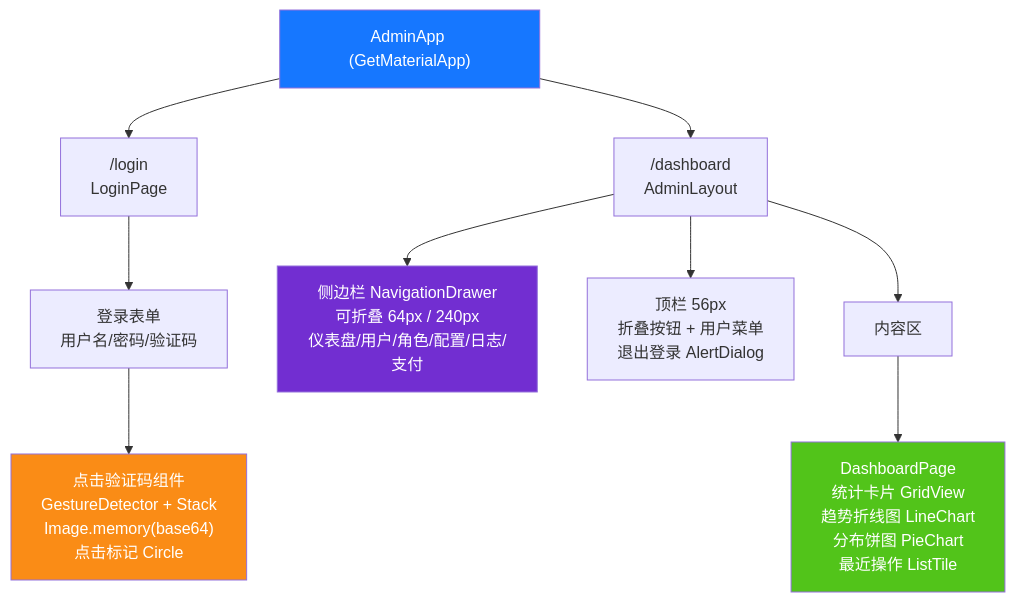
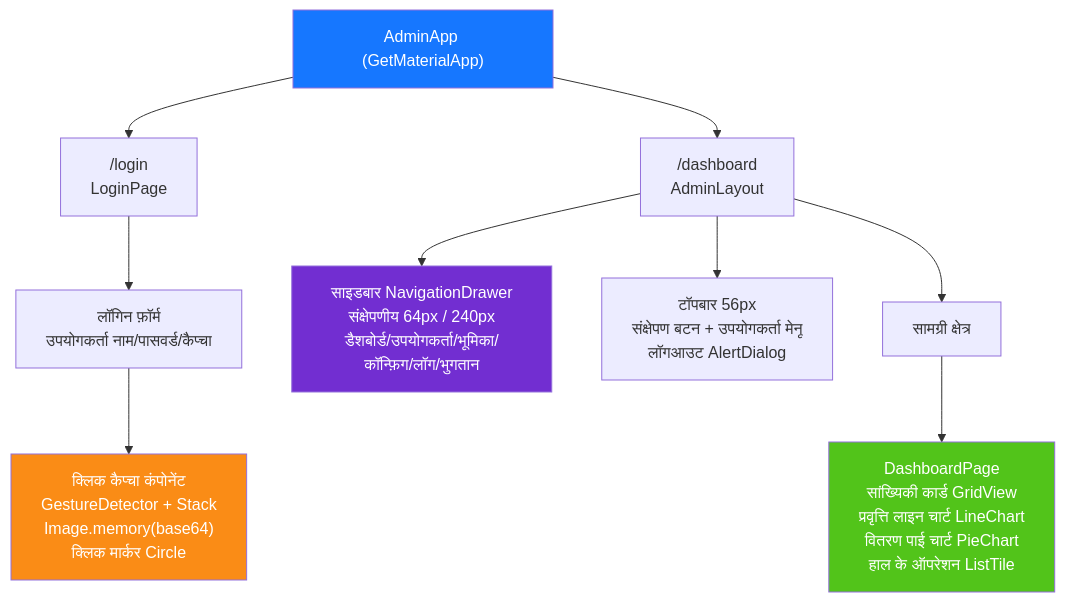
One commit to erikwang2013/game-platform-php changed diagram 11 of 14 in admin/docs/ARCHITECTURE.hi.md. Above: the diagram before and after it, drawn with Mermaid. The commit also changed other lines of this file and 211 other files, not shown here.

First line of the commit message:
fix: 支付配置读回类型根治、提现事件对账巡检，12 语族 mermaid 与 API 标签本地化

````diff
--- a/admin/docs/ARCHITECTURE.hi.md
+++ b/admin/docs/ARCHITECTURE.hi.md
@@ -549,19 +549,19 @@
 ```mermaid
 flowchart TD
     APP["AdminApp (GetMaterialApp)"]
     APP --> LP["/login<br/>LoginPage"]
     APP --> DB["/dashboard<br/>AdminLayout"]
 
-    LP --> LF["登录表单<br/>用户名/密码/验证码"]
-    LF --> CAPTCHA["点击验证码组件<br/>GestureDetector + Stack<br/>Image.memory(base64)<br/>点击标记 Circle"]
+    LP --> LF["लॉगिन फ़ॉर्म<br/>उपयोगकर्ता नाम/पासवर्ड/कैप्चा"]
+    LF --> CAPTCHA["क्लिक कैप्चा कंपोनेंट<br/>GestureDetector + Stack<br/>Image.memory(base64)<br/>क्लिक मार्कर Circle"]
 
-    DB --> SIDEBAR["侧边栏 NavigationDrawer<br/>可折叠 64px / 240px<br/>仪表盘/用户/角色/配置/日志/支付"]
-    DB --> HEADER["顶栏 56px<br/>折叠按钮 + 用户菜单<br/>退出登录 AlertDialog"]
-    DB --> CONTENT["内容区"]
-    CONTENT --> DASH["DashboardPage<br/>统计卡片 GridView<br/>趋势折线图 LineChart<br/>分布饼图 PieChart<br/>最近操作 ListTile"]
+    DB --> SIDEBAR["साइडबार NavigationDrawer<br/>संक्षेपणीय 64px / 240px<br/>डैशबोर्ड/उपयोगकर्ता/भूमिका/कॉन्फ़िग/लॉग/भुगतान"]
+    DB --> HEADER["टॉपबार 56px<br/>संक्षेपण बटन + उपयोगकर्ता मेनू<br/>लॉगआउट AlertDialog"]
+    DB --> CONTENT["सामग्री क्षेत्र"]
+    CONTENT --> DASH["DashboardPage<br/>सांख्यिकी कार्ड GridView<br/>प्रवृत्ति लाइन चार्ट LineChart<br/>वितरण पाई चार्ट PieChart<br/>हाल के ऑपरेशन ListTile"]
 
     style APP fill:#1677FF,color:#fff
     style CAPTCHA fill:#FA8C16,color:#fff
     style SIDEBAR fill:#722ED1,color:#fff
     style DASH fill:#52C41A,color:#fff
 ```
````
